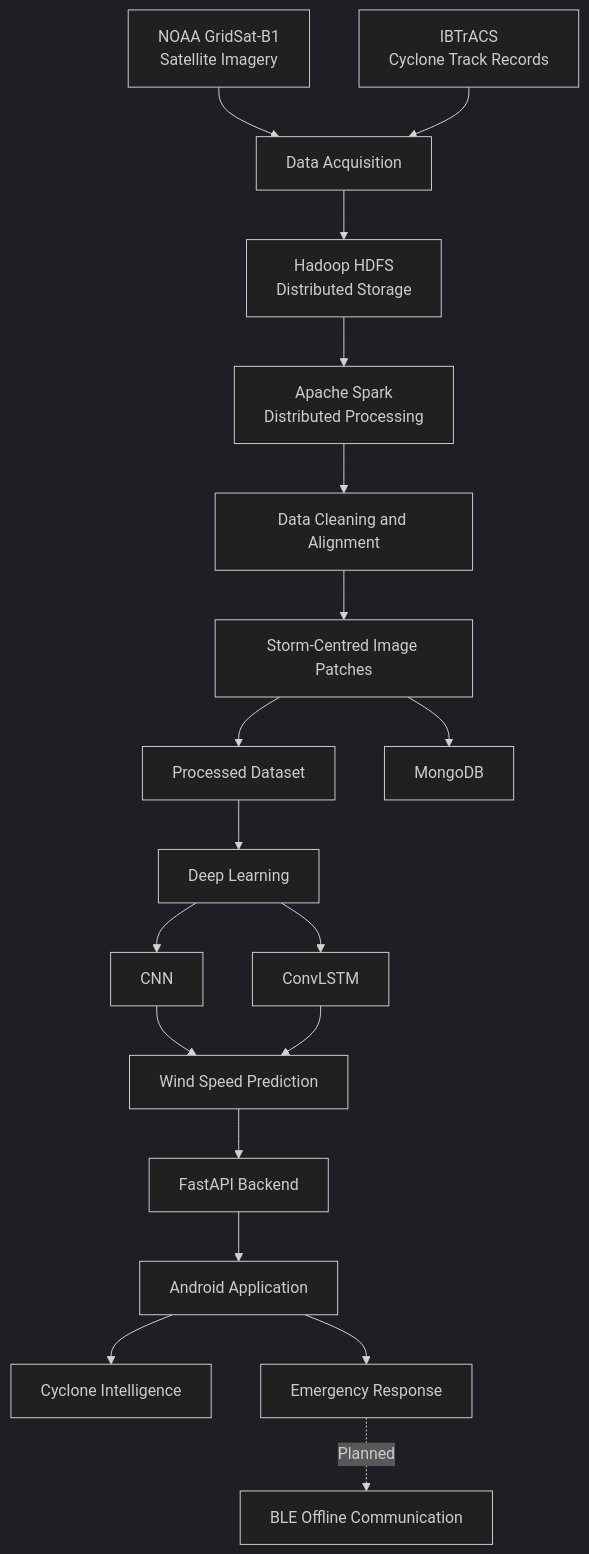
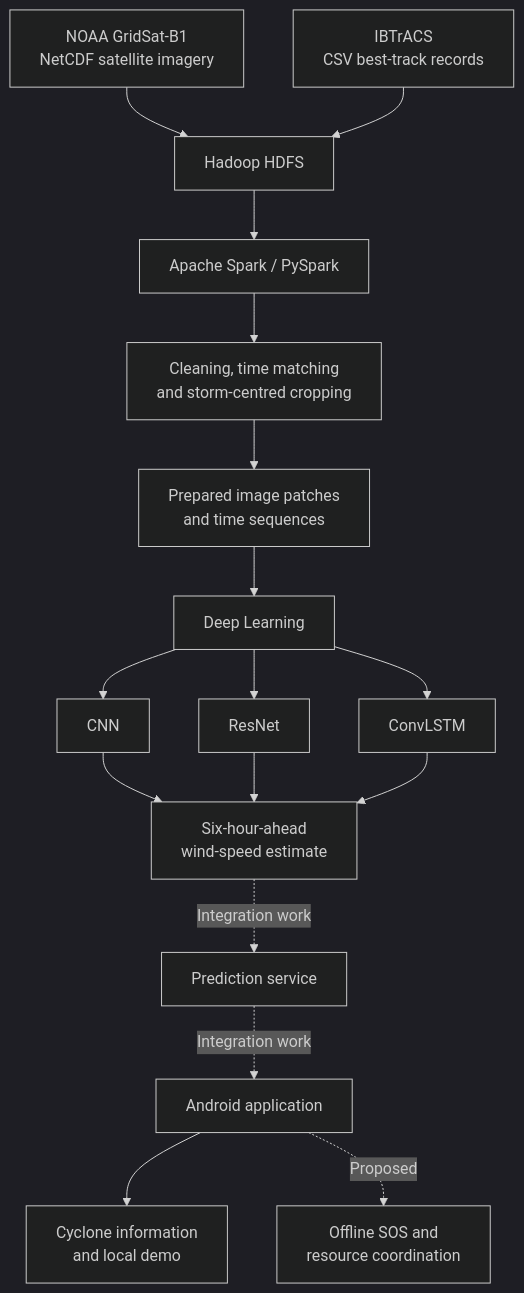
Before and after one commit to sinchanabm-ux/CycloneConnect: the diagram in README.md, drawn with Mermaid (dark theme). The commit also changed other lines of this file, not shown here.

````diff
--- a/README.md
+++ b/README.md
@@ -58,31 +70,21 @@
-``` mermaid
+```mermaid
 flowchart TD
-    A[NOAA GridSat-B1<br/>Satellite Imagery]
-    B[IBTrACS<br/>Cyclone Track Records]
-
-    A --> C[Data Acquisition]
+    A["NOAA GridSat-B1<br/>NetCDF satellite imagery"]
+    B["IBTrACS<br/>CSV best-track records"]
+    A --> C["Hadoop HDFS"]
     B --> C
-
-    C --> D[Hadoop HDFS<br/>Distributed Storage]
-    D --> E[Apache Spark<br/>Distributed Processing]
-
-    E --> F[Data Cleaning and Alignment]
-    F --> G[Storm-Centred Image Patches]
-    G --> H[Processed Dataset]
-    G --> R[MongoDB]
-
-    H --> I[Deep Learning]
-    I --> J[CNN]
-    I --> K[ConvLSTM]
-
-    J --> L[Wind Speed Prediction]
-    K --> L
-
-    L --> M[FastAPI Backend]
-    M --> N[Android Application]
-
-    N --> O[Cyclone Intelligence]
-    N --> P[Emergency Response]
-
-    P -. Planned .-> Q[BLE Offline Communication]
+    C --> D["Apache Spark / PySpark"]
+    D --> E["Cleaning, time matching<br/>and storm-centred cropping"]
+    E --> F["Prepared image patches<br/>and time sequences"]
+    F --> G["Deep Learning"]
+    G --> H["CNN"]
+    G --> I["ResNet"]
+    G --> J["ConvLSTM"]
+    H --> K["Six-hour-ahead<br/>wind-speed estimate"]
+    I --> K
+    J --> K
+    K -. "Integration work" .-> L["Prediction service"]
+    L -. "Integration work" .-> M["Android application"]
+    M --> N["Cyclone information<br/>and local demo"]
+    M -. "Proposed" .-> O["Offline SOS and<br/>resource coordination"]
 ```
````
